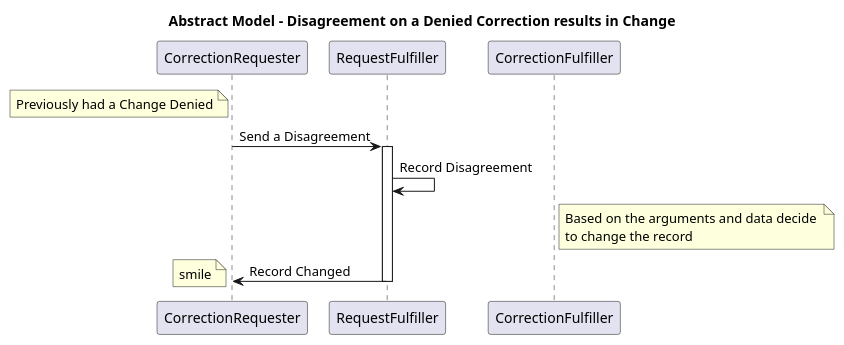
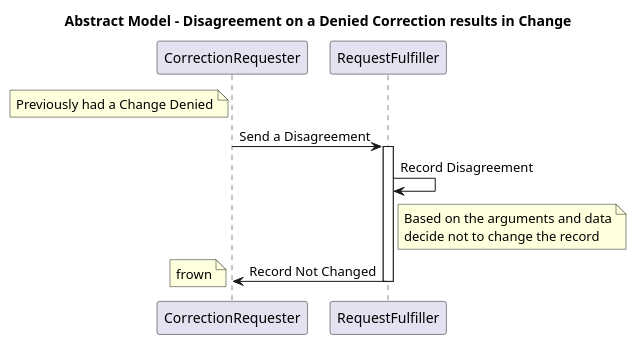
One commit to HL7/fhir-patient-correction changed the diagram in input/images-source/use-case-3.plantuml. Above: the diagram before and after it, drawn with PlantUML. The commit also changed 1 other file, not shown here.

Commit message:
fixup use-case diagrams to better fit the narrative.

```diff
--- a/input/images-source/use-case-3.plantuml
+++ b/input/images-source/use-case-3.plantuml
@@ -1,21 +1,21 @@
 @startuml
 title Abstract Model - Disagreement on a Denied Correction results in Change
 
 note left of CorrectionRequester
 Previously had a Change Denied
 end note
 
 CorrectionRequester->RequestFulfiller : Send a Disagreement
 Activate RequestFulfiller
 RequestFulfiller->RequestFulfiller : Record Disagreement
 
-note right of CorrectionFulfiller
-Based on the arguments and data decide 
-to change the record
+note right of RequestFulfiller
+Based on the arguments and data
+decide not to change the record
 end note
-RequestFulfiller->CorrectionRequester : Record Changed
+RequestFulfiller->CorrectionRequester : Record Not Changed
 Deactivate RequestFulfiller
 
-note left: smile
+note left: frown
 
 @enduml
```
